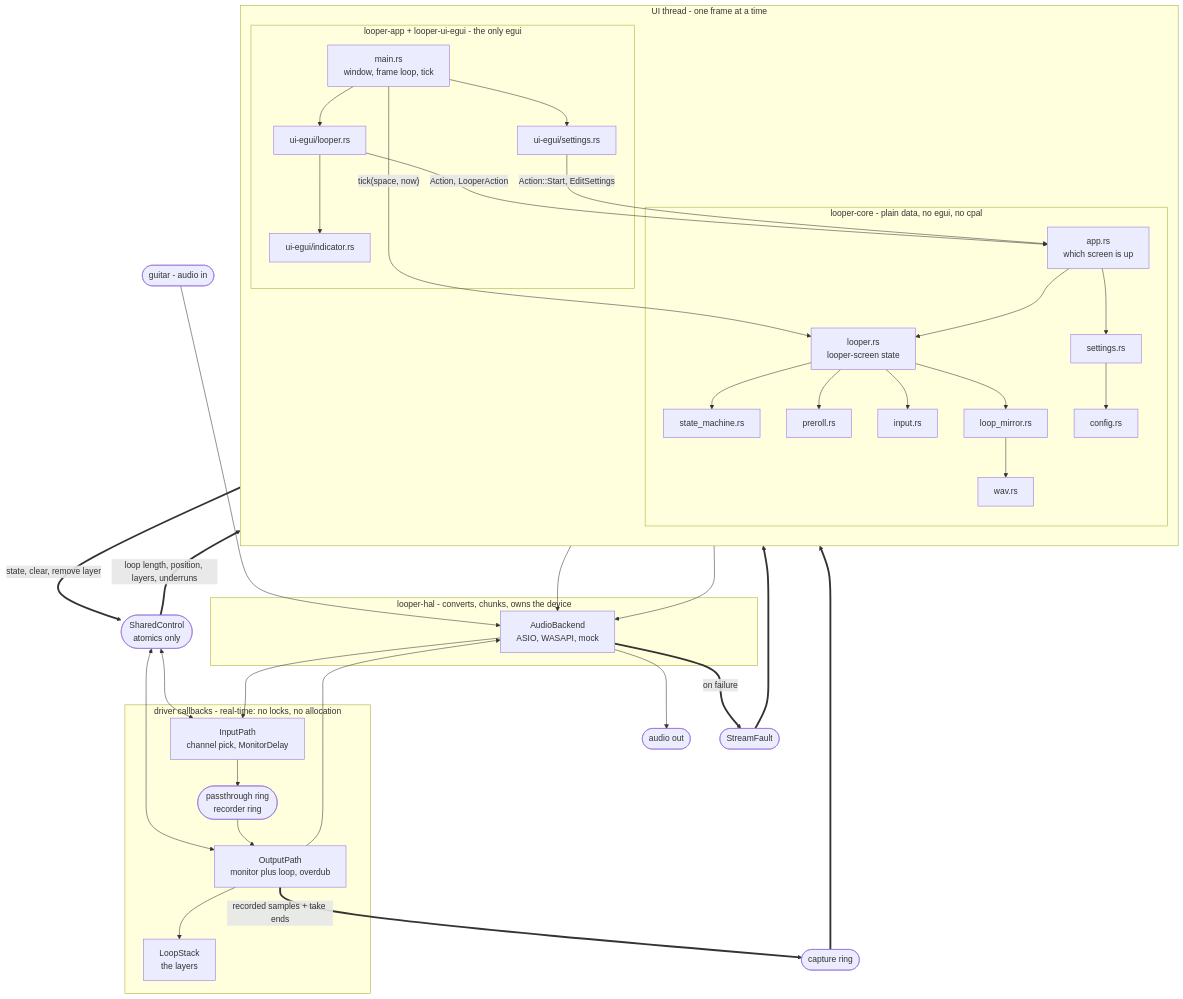
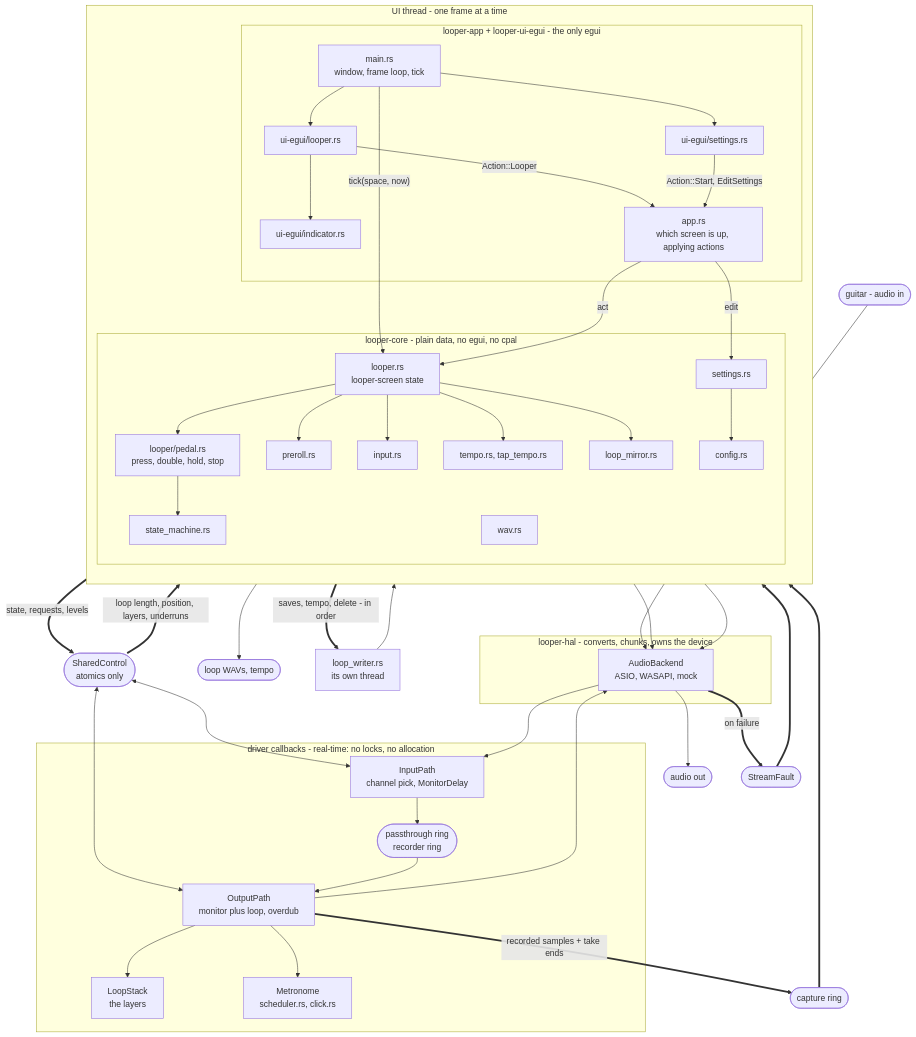
Before and after one commit to domstrueboy/looper: the second of 2 diagrams in README.md, drawn with Mermaid. The commit also changed other lines of this file and 6 other files, not shown here.

Commit message:
Bring the docs up to the app as it is after the review: the module diagram, the state machine's doc comments, and the user guide's settings, controls and not-yet list

```diff
--- a/README.md
+++ b/README.md
@@ -148,27 +149,32 @@
 flowchart TB
     GUITAR(["guitar - audio in"])
     SPEAKERS(["audio out"])
+    DISK(["loop WAVs, tempo"])
 
     subgraph UITHREAD["UI thread - one frame at a time"]
         direction TB
         subgraph FW["looper-app + looper-ui-egui - the only egui"]
             MAIN["main.rs<br/>window, frame loop, tick"]
+            APP["app.rs<br/>which screen is up, applying actions"]
             UIL["ui-egui/looper.rs"]
             UIS["ui-egui/settings.rs"]
             UII["ui-egui/indicator.rs"]
         end
         subgraph MODEL["looper-core - plain data, no egui, no cpal"]
-            APP["app.rs<br/>which screen is up"]
             LOOPER["looper.rs<br/>looper-screen state"]
+            PEDAL["looper/pedal.rs<br/>press, double, hold, stop"]
             SET["settings.rs"]
             SM["state_machine.rs"]
             PR["preroll.rs"]
             INPUT["input.rs"]
+            TEMPO["tempo.rs, tap_tempo.rs"]
             MIRROR["loop_mirror.rs"]
             CFG["config.rs"]
             WAV["wav.rs"]
         end
     end
+
+    WRITER["loop_writer.rs<br/>its own thread"]
 
     SHARED(["SharedControl<br/>atomics only"])
     CAPTURE(["capture ring"])
@@ -179,6 +185,7 @@
         BRIDGE(["passthrough ring<br/>recorder ring"])
         OUTPATH["OutputPath<br/>monitor plus loop, overdub"]
         STACK["LoopStack<br/>the layers"]
+        METRO["Metronome<br/>scheduler.rs, click.rs"]
     end
 
     subgraph HAL["looper-hal - converts, chunks, owns the device"]
@@ -189,20 +196,25 @@
     MAIN --> UIS
     MAIN -->|"tick(space, now)"| LOOPER
     UIL --> UII
-    UIL -->|"Action, LooperAction"| APP
+    UIL -->|"Action::Looper"| APP
     UIS -->|"Action::Start, EditSettings"| APP
-    APP --> LOOPER
-    APP --> SET
-    LOOPER --> SM
+    APP -->|"act"| LOOPER
+    APP -->|"edit"| SET
+    LOOPER --> PEDAL
+    PEDAL --> SM
     LOOPER --> PR
     LOOPER --> INPUT
+    LOOPER --> TEMPO
     LOOPER --> MIRROR
     SET --> CFG
-    MIRROR --> WAV
     APP --> BACKEND
     SET --> BACKEND
 
-    LOOPER ==>|"state, clear, remove layer"| SHARED
+    LOOPER ==>|"saves, tempo, delete - in order"| WRITER
+    WRITER --> WAV
+    WAV --> DISK
+
+    LOOPER ==>|"state, requests, levels"| SHARED
     SHARED ==>|"loop length, position, layers, underruns"| LOOPER
     SHARED <--> INPATH
     SHARED <--> OUTPATH
@@ -212,6 +224,7 @@
     INPATH --> BRIDGE
     BRIDGE --> OUTPATH
     OUTPATH --> STACK
+    OUTPATH --> METRO
     OUTPATH --> BACKEND
     BACKEND --> SPEAKERS
     BACKEND ==>|"on failure"| FAULT
```
